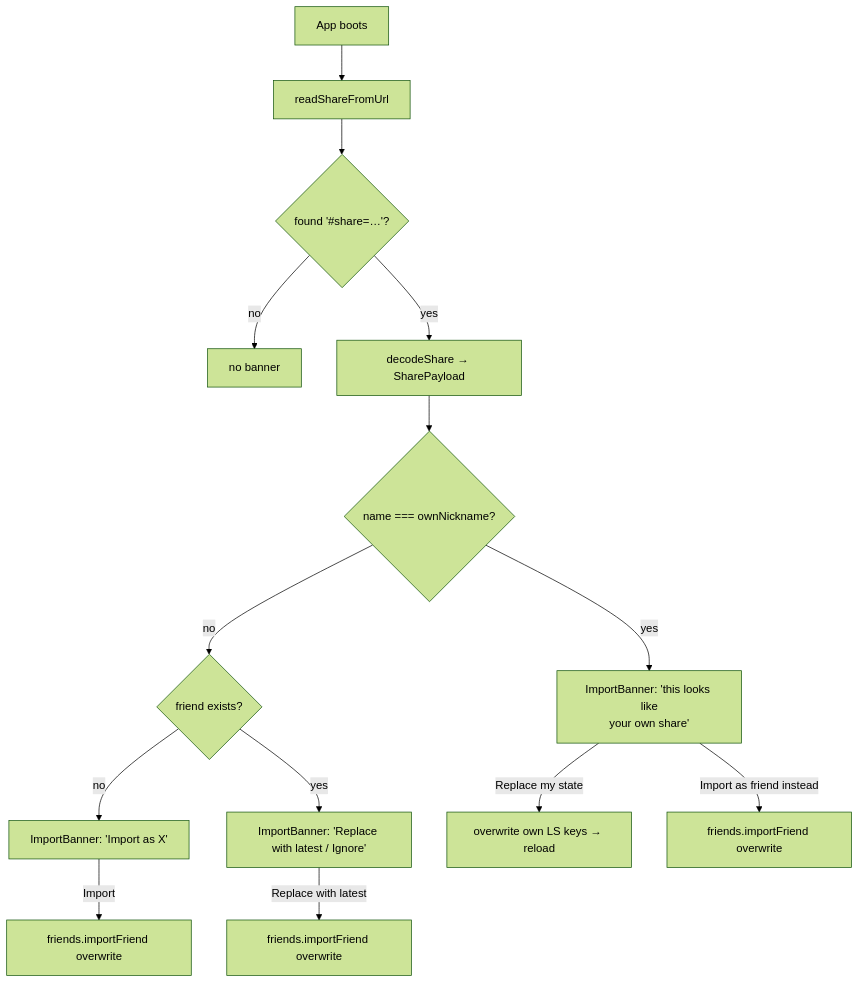
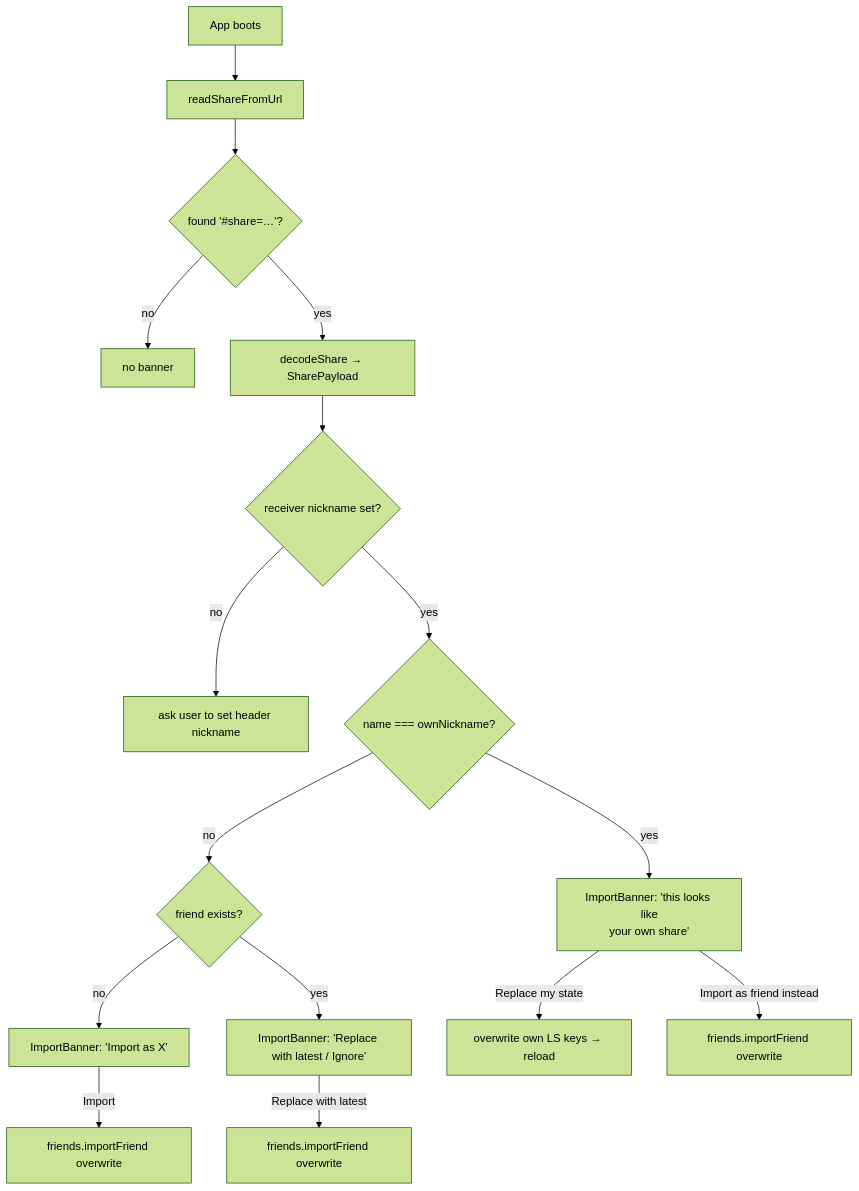
The second of 3 diagrams in docs/09-share-and-import.md (shreyaspurohit/playa), drawn with Mermaid (forest theme) before and after one commit. The commit also changed other lines of this file and 42 other files, not shown here.

````diff
--- a/docs/09-share-and-import.md
+++ b/docs/09-share-and-import.md
@@ -70,17 +80,19 @@
 ```mermaid
 flowchart TD
   Boot[App boots] --> Read[readShareFromUrl]
   Read --> HasShare{found '#share=…'?}
   HasShare -->|no| Done[no banner]
   HasShare -->|yes| Decode[decodeShare → SharePayload]
-  Decode --> Self{name === ownNickname?}
+  Decode --> Nick{receiver nickname set?}
+  Nick -->|no| Nudge[ask user to set header nickname]
+  Nick -->|yes| Self{name === ownNickname?}
   Self -->|yes| SelfBanner[ImportBanner: 'this looks like<br>your own share']
   Self -->|no| Existing{friend exists?}
   Existing -->|no| NewBanner[ImportBanner: 'Import as X']
   Existing -->|yes| ConflictBanner[ImportBanner: 'Replace with latest / Ignore']
 
   SelfBanner -->|Replace my state| Self2[overwrite own LS keys → reload]
   SelfBanner -->|Import as friend instead| Fast2[friends.importFriend overwrite]
   NewBanner -->|Import| Fast3[friends.importFriend overwrite]
   ConflictBanner -->|Replace with latest| Fast4[friends.importFriend overwrite]
 ```
````
